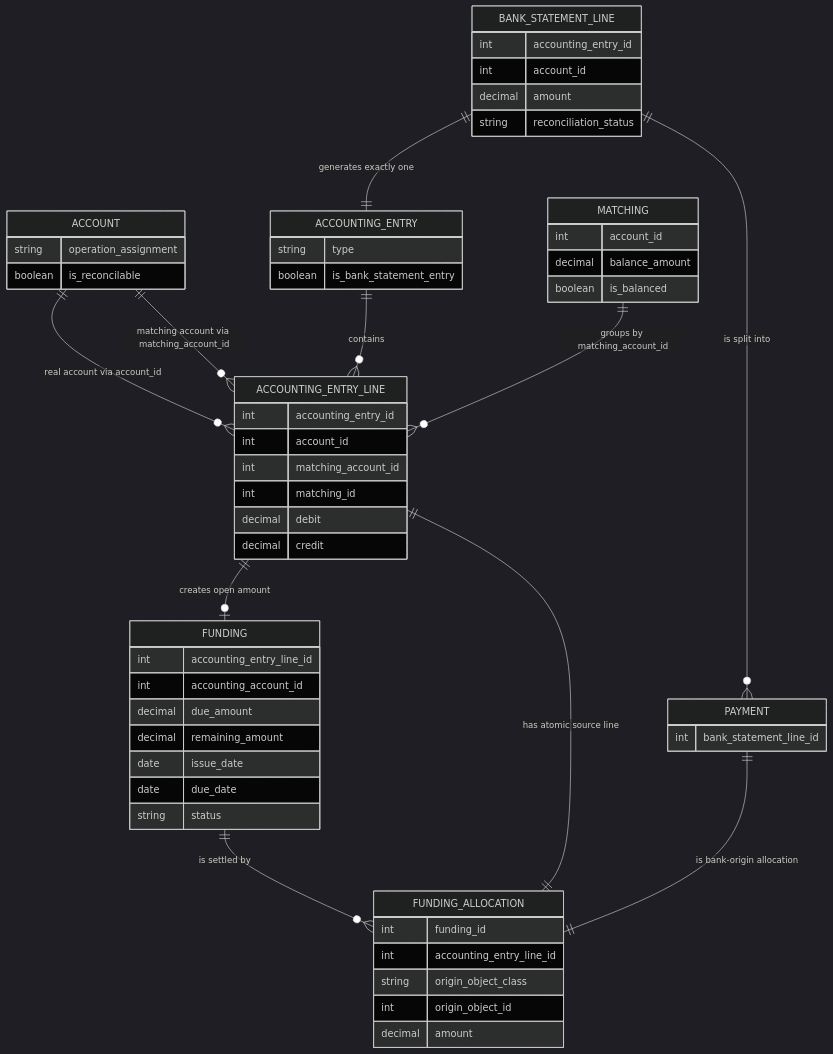
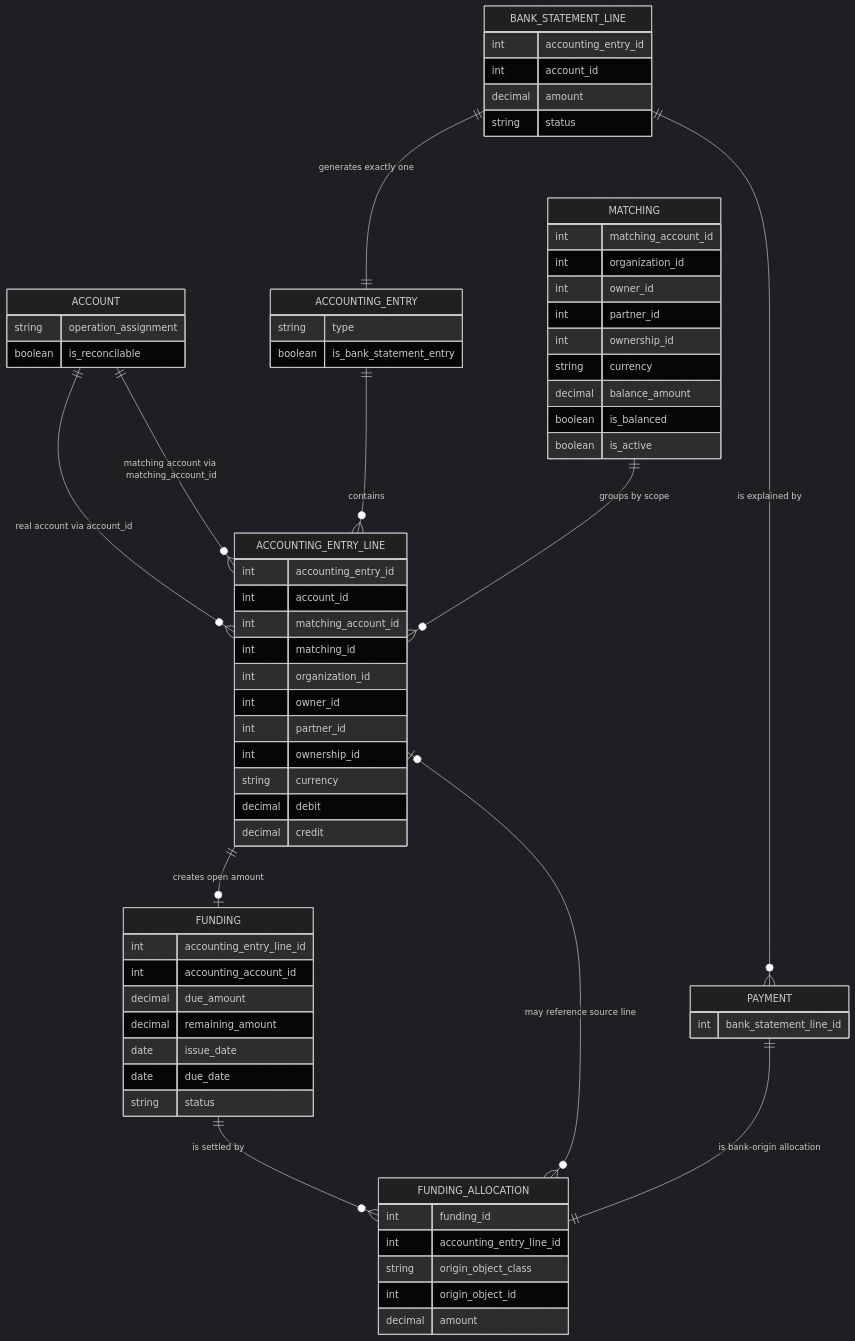
Before and after one commit to fmt-saas/fmt: the first of 4 diagrams in DOC/budget/logique-de-reconciliation-et-lettrage.md, drawn with Mermaid (dark theme). The commit also changed other lines of this file and 8 other files, not shown here.

````diff
--- a/DOC/budget/logique-de-reconciliation-et-lettrage.md
+++ b/DOC/budget/logique-de-reconciliation-et-lettrage.md
@@ -938,71 +1071,82 @@
 ```mermaid
 erDiagram
     ACCOUNT {
         string operation_assignment
         boolean is_reconcilable
     }
 
     BANK_STATEMENT_LINE {
         int accounting_entry_id
         int account_id
         decimal amount
-        string reconciliation_status
+        string status
     }
 
     ACCOUNTING_ENTRY {
         string type
         boolean is_bank_statement_entry
     }
 
     ACCOUNTING_ENTRY_LINE {
         int accounting_entry_id
         int account_id
         int matching_account_id
         int matching_id
+        int organization_id
+        int owner_id
+        int partner_id
+        int ownership_id
+        string currency
         decimal debit
         decimal credit
     }
 
     FUNDING {
         int accounting_entry_line_id
         int accounting_account_id
         decimal due_amount
         decimal remaining_amount
         date issue_date
         date due_date
         string status
     }
 
     FUNDING_ALLOCATION {
         int funding_id
         int accounting_entry_line_id
         string origin_object_class
         int origin_object_id
         decimal amount
     }
 
     PAYMENT {
         int bank_statement_line_id
     }
 
     MATCHING {
-        int account_id
+        int matching_account_id
+        int organization_id
+        int owner_id
+        int partner_id
+        int ownership_id
+        string currency
         decimal balance_amount
         boolean is_balanced
+        boolean is_active
     }
 
     ACCOUNT ||--o{ ACCOUNTING_ENTRY_LINE : "real account via account_id"
     ACCOUNT ||--o{ ACCOUNTING_ENTRY_LINE : "matching account via matching_account_id"
 
     BANK_STATEMENT_LINE ||--|| ACCOUNTING_ENTRY : "generates exactly one"
     ACCOUNTING_ENTRY ||--o{ ACCOUNTING_ENTRY_LINE : "contains"
 
     ACCOUNTING_ENTRY_LINE ||--o| FUNDING : "creates open amount"
     FUNDING ||--o{ FUNDING_ALLOCATION : "is settled by"
-    FUNDING_ALLOCATION ||--|| ACCOUNTING_ENTRY_LINE : "has atomic source line"
+    FUNDING_ALLOCATION }o--o| ACCOUNTING_ENTRY_LINE : "may reference source line"
 
     PAYMENT ||--|| FUNDING_ALLOCATION : "is bank-origin allocation"
-    BANK_STATEMENT_LINE ||--o{ PAYMENT : "is split into"
+    BANK_STATEMENT_LINE ||--o{ PAYMENT : "is explained by"
 
-    MATCHING ||--o{ ACCOUNTING_ENTRY_LINE : "groups by matching_account_id"
+    MATCHING ||--o{ ACCOUNTING_ENTRY_LINE : "groups by scope"
 ```
````
